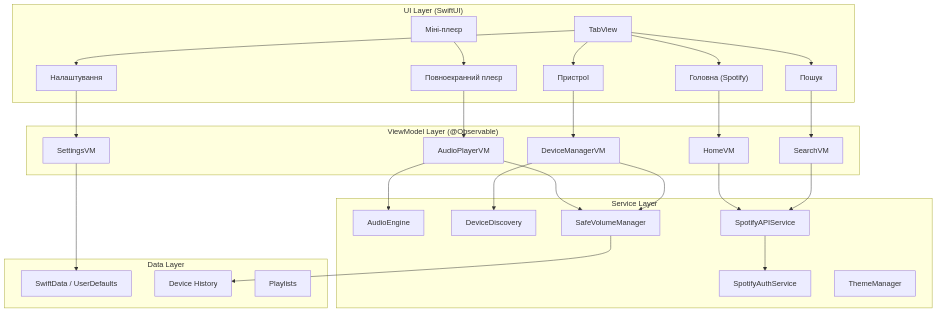
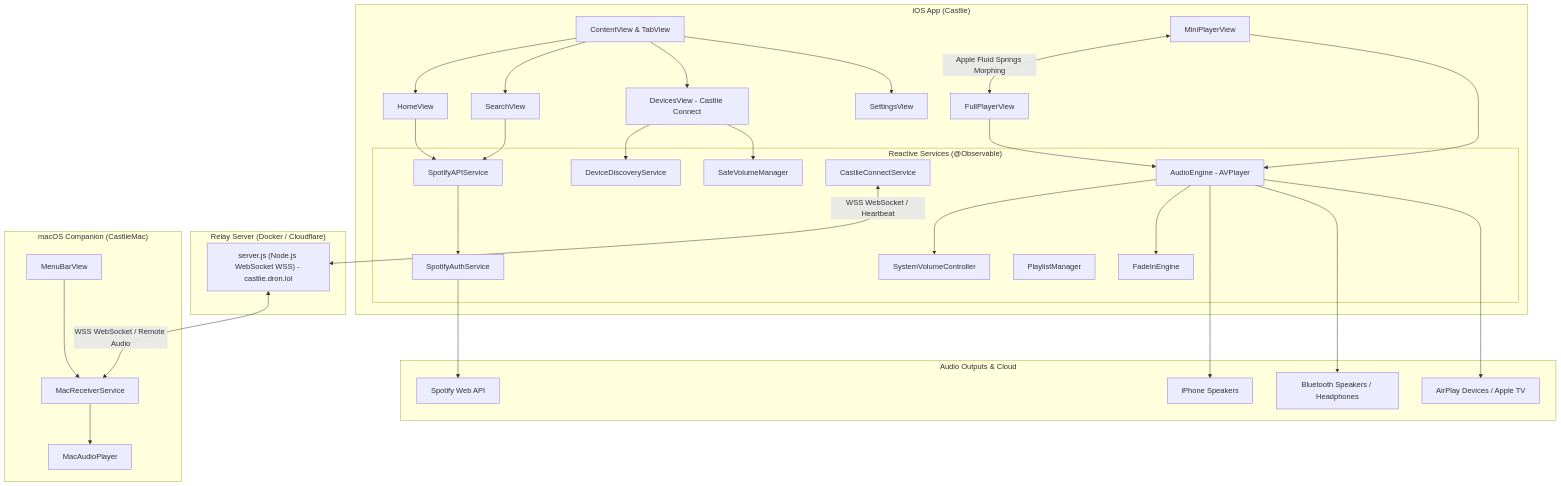
One commit to deeppacketdev-hub/Safe-Volume-Handoff changed the diagram in .agents/project_plan.md. Above: the diagram before and after it, drawn with Mermaid. The commit also changed other lines of this file and 24 other files, not shown here.

Commit message:
fix: deduplicate remote devices by name and implement native CoreAudio volume control for Mac player

````diff
--- a/.agents/project_plan.md
+++ b/.agents/project_plan.md
@@ -52,44 +44,53 @@
 ```mermaid
 graph TB
-    subgraph "UI Layer (SwiftUI)"
-        A[TabView] --> B["Головна (Spotify)"]
-        A --> C[Пошук]
-        A --> D[Пристрої]
-        A --> E[Налаштування]
-        F[Міні-плеєр] --> G[Повноекранний плеєр]
+    subgraph "iOS App (Castlie)"
+        A[ContentView & TabView] --> B[HomeView]
+        A --> C[SearchView]
+        A --> D[DevicesView - Castlie Connect]
+        A --> E[SettingsView]
+        
+        F[MiniPlayerView] <-->|Apple Fluid Springs Morphing| G[FullPlayerView]
+        
+        subgraph "Reactive Services (@Observable)"
+            H[AudioEngine - AVPlayer]
+            I[SafeVolumeManager]
+            J[FadeInEngine]
+            K[SystemVolumeController]
+            L[DeviceDiscoveryService]
+            M[CastlieConnectService]
+            N[PlaylistManager]
+            O[SpotifyAPIService]
+            P[SpotifyAuthService]
+        end
     end
     
-    subgraph "ViewModel Layer (@Observable)"
-        H[AudioPlayerVM]
-        I[DeviceManagerVM]
-        J[HomeVM]
-        K[SearchVM]
-        L[SettingsVM]
+    subgraph "Relay Server (Docker / Cloudflare)"
+        Q["server.js (Node.js WebSocket WSS) - castlie.dron.lol"]
     end
     
-    subgraph "Service Layer"
-        M[AudioEngine]
-        N[DeviceDiscovery]
-        O[SafeVolumeManager]
-        P[SpotifyAPIService]
-        Q[SpotifyAuthService]
-        R[ThemeManager]
+    subgraph "macOS Companion (CastlieMac)"
+        R[MenuBarView]
+        S[MacReceiverService]
+        T[MacAudioPlayer]
     end
     
-    subgraph "Data Layer"
-        S[SwiftData / UserDefaults]
-        T[Device History]
-        U[Playlists]
+    subgraph "Audio Outputs & Cloud"
+        U[Spotify Web API]
+        V[iPhone Speakers]
+        W[Bluetooth Speakers / Headphones]
+        X[AirPlay Devices / Apple TV]
     end
 
-    B --> J --> P
-    C --> K --> P
-    D --> I --> N
-    E --> L
-    G --> H --> M
-    H --> O
-    I --> O
-    O --> T
-    L --> S
-    P --> Q
+    B & C --> O --> P --> U
+    D --> L
+    D --> I
+    G & F --> H
+    H --> K
+    H --> J
+    H --> V & W & X
+    
+    M <-->|WSS WebSocket / Heartbeat| Q
+    Q <-->|WSS WebSocket / Remote Audio| S
+    S --> T
+    R --> S
 ```
````
